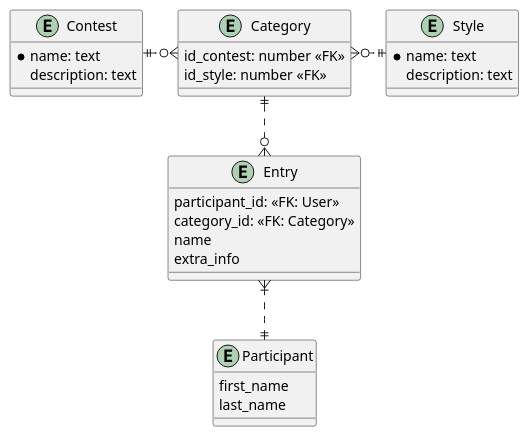
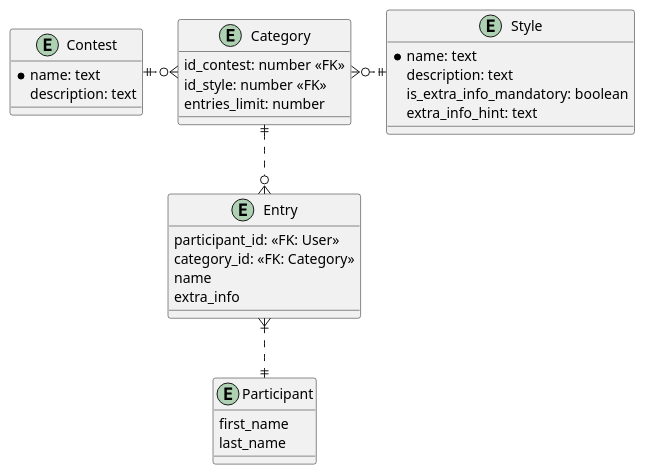
The diagram in tacom/docs/ERD.puml (ibnabii/django-competition), drawn with PlantUML before and after one commit. The commit also changed 3 other files, not shown here.

Commit message:
feat: enforce limit of entries in category per participant (both model and user navigation path) feat: optimized query in entry add todo: refactor views to list/act in context of category?

```diff
--- a/tacom/docs/ERD.puml
+++ b/tacom/docs/ERD.puml
@@ -1,43 +1,46 @@
 @startuml
 entity "Contest" as con {
 *name: text
 description: text
 }
 
 entity "Style" as cat {
 *name: text
 description: text
+is_extra_info_mandatory: boolean
+extra_info_hint: text
 }
 
 entity "Category" as j {
 id_contest: number <<FK>>
 id_style: number <<FK>>
+entries_limit: number
 }
 
 entity "Entry" as e {
 participant_id: <<FK: User>>
 category_id: <<FK: Category>>
 name
 extra_info
 }
 
 'entity "Entry" as e {
 'participant_id: <<FK: User>>
 'id_contest: <<FK: Contest>>
 'id_category: <<FK: Category>>
 '}
 
 entity "Participant" as p {
 first_name
 last_name
 }
 
 j }o.l.|| con
 j }o.r.|| cat
 e }|..|| p
 
 e }o.u.||j
 'e }o.u.|| con
 'e }o.u.|| cat
 
 @enduml
```
